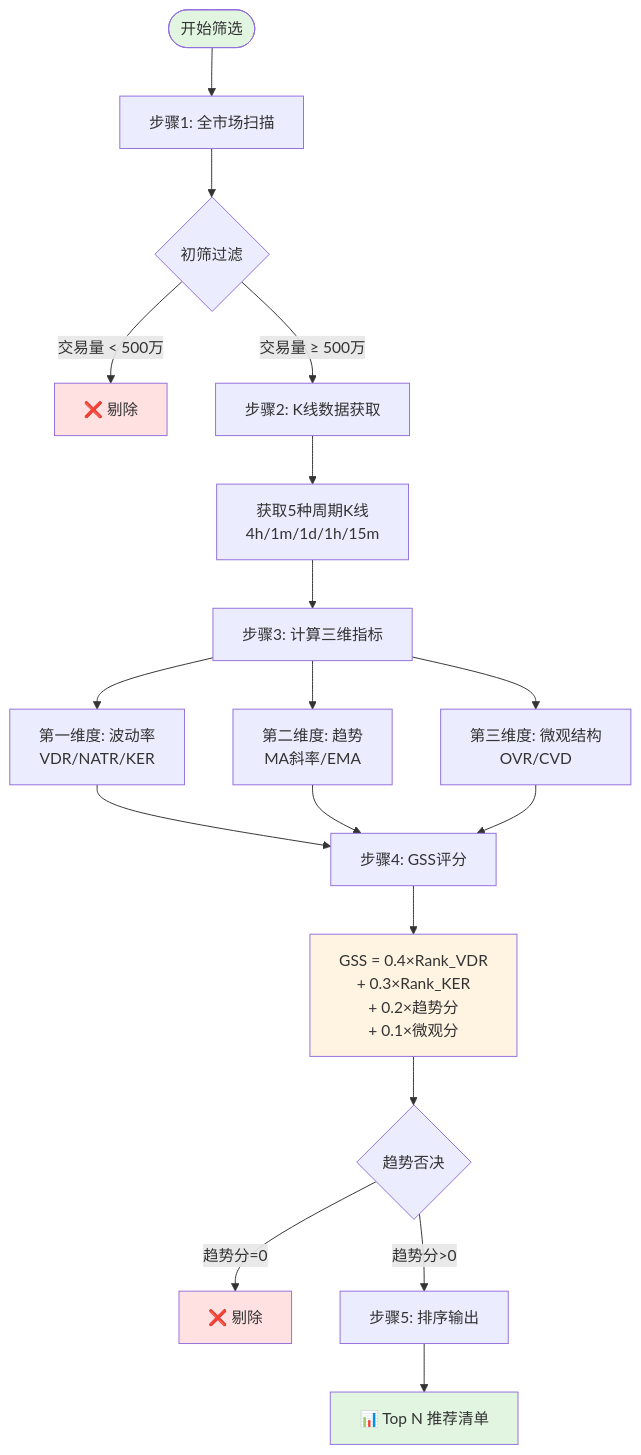
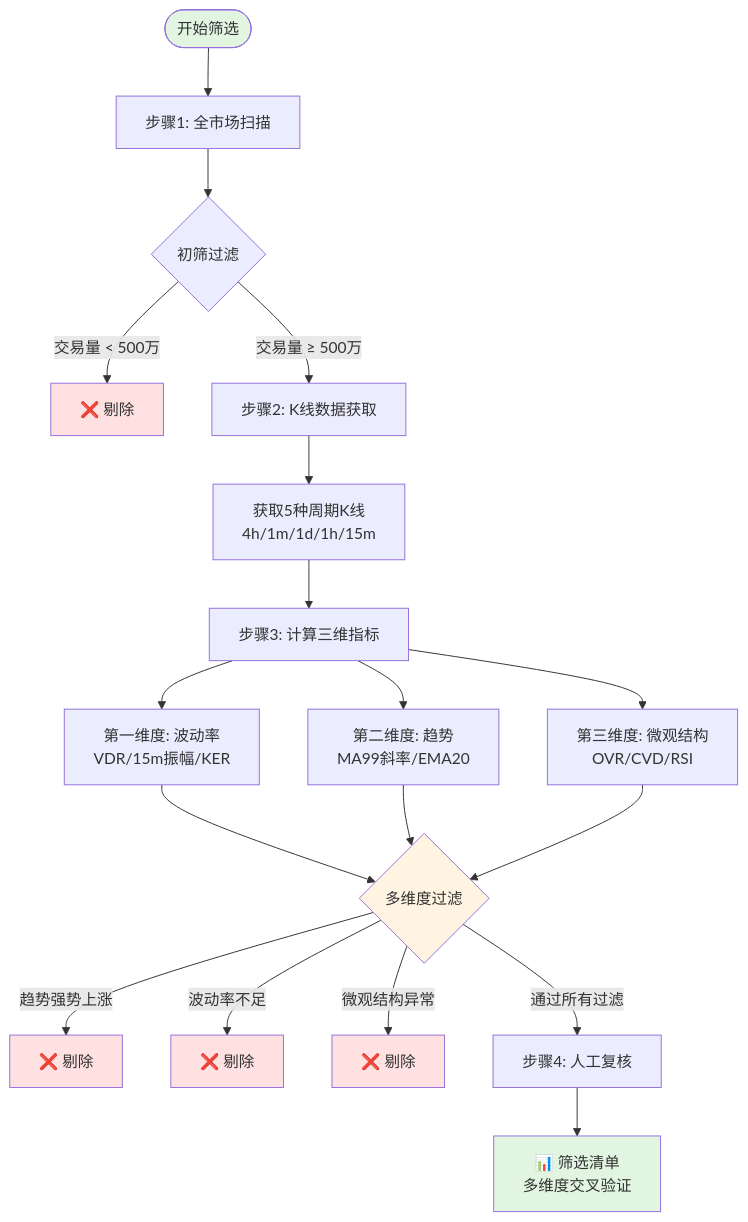
The diagram in docs/screen_contracts_algorithm.md (chenchiyuan/crypto_exchange_news_crawler), drawn with Mermaid before and after one commit. The commit also changed other lines of this file, not shown here.

````diff
--- a/docs/screen_contracts_algorithm.md
+++ b/docs/screen_contracts_algorithm.md
@@ -35,33 +37,34 @@
 ```mermaid
 flowchart TD
     Start([开始筛选]) --> Step1[步骤1: 全市场扫描]
 
     Step1 --> Filter1{初筛过滤}
     Filter1 -->|交易量 < 500万| Reject1[❌ 剔除]
     Filter1 -->|交易量 ≥ 500万| Step2[步骤2: K线数据获取]
 
     Step2 --> DataFetch[获取5种周期K线<br/>4h/1m/1d/1h/15m]
     DataFetch --> Step3[步骤3: 计算三维指标]
 
-    Step3 --> Dim1[第一维度: 波动率<br/>VDR/NATR/KER]
-    Step3 --> Dim2[第二维度: 趋势<br/>MA斜率/EMA]
-    Step3 --> Dim3[第三维度: 微观结构<br/>OVR/CVD]
+    Step3 --> Dim1[第一维度: 波动率<br/>VDR/15m振幅/KER]
+    Step3 --> Dim2[第二维度: 趋势<br/>MA99斜率/EMA20]
+    Step3 --> Dim3[第三维度: 微观结构<br/>OVR/CVD/RSI]
 
-    Dim1 --> Step4[步骤4: GSS评分]
-    Dim2 --> Step4
-    Dim3 --> Step4
+    Dim1 --> Filter2{多维度过滤}
+    Dim2 --> Filter2
+    Dim3 --> Filter2
 
-    Step4 --> Formula[GSS = 0.4×Rank_VDR<br/>+ 0.3×Rank_KER<br/>+ 0.2×趋势分<br/>+ 0.1×微观分]
+    Filter2 -->|趋势强势上涨| Reject2[❌ 剔除]
+    Filter2 -->|波动率不足| Reject3[❌ 剔除]
+    Filter2 -->|微观结构异常| Reject4[❌ 剔除]
+    Filter2 -->|通过所有过滤| Step4[步骤4: 人工复核]
 
-    Formula --> Filter2{趋势否决}
-    Filter2 -->|趋势分=0| Reject2[❌ 剔除]
-    Filter2 -->|趋势分>0| Step5[步骤5: 排序输出]
-
-    Step5 --> Output[📊 Top N 推荐清单]
+    Step4 --> Output[📊 筛选清单<br/>多维度交叉验证]
 
     style Start fill:#e1f5e1
     style Output fill:#e1f5e1
     style Reject1 fill:#ffe1e1
     style Reject2 fill:#ffe1e1
-    style Formula fill:#fff3e1
+    style Reject3 fill:#ffe1e1
+    style Reject4 fill:#ffe1e1
+    style Filter2 fill:#fff3e1
 ```
````
